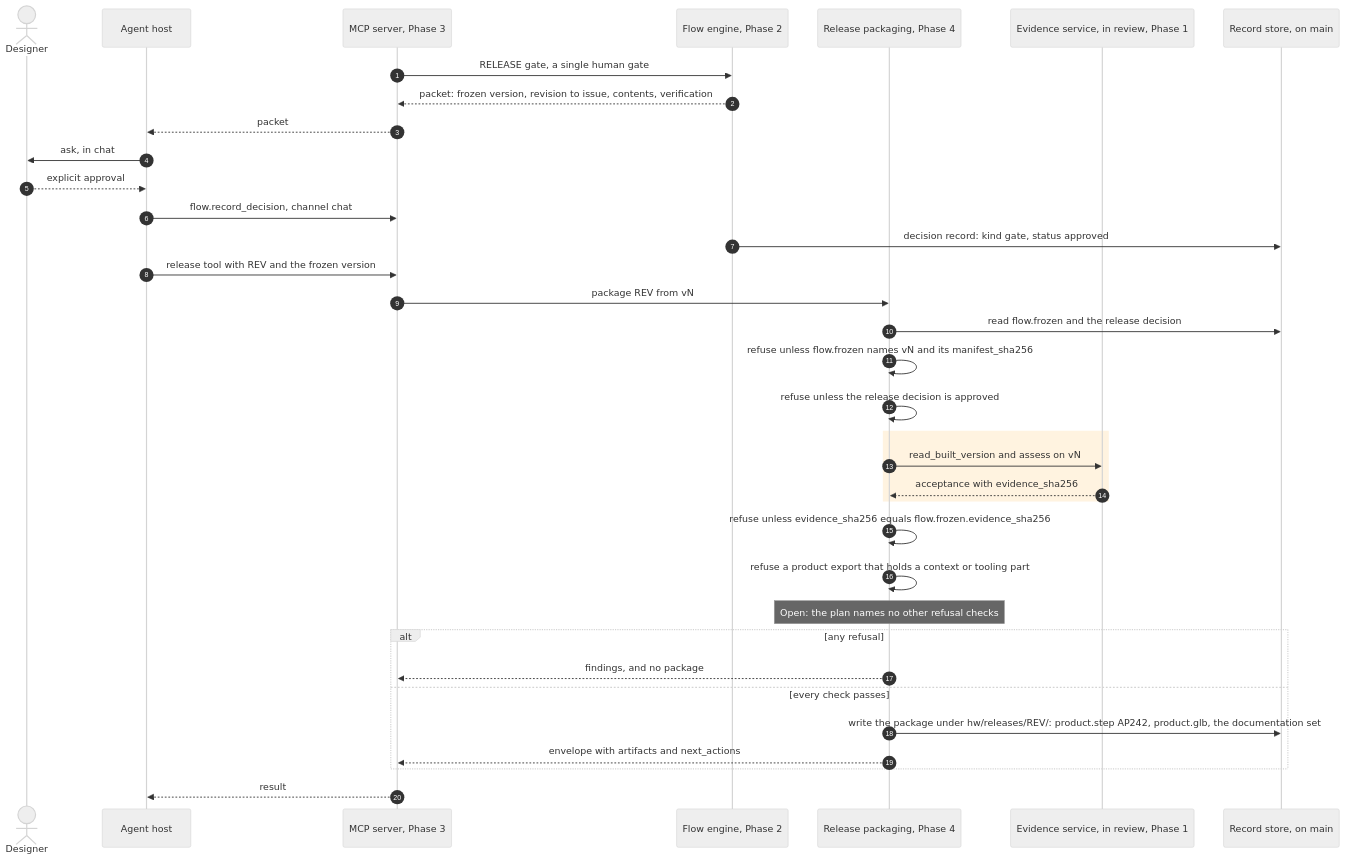
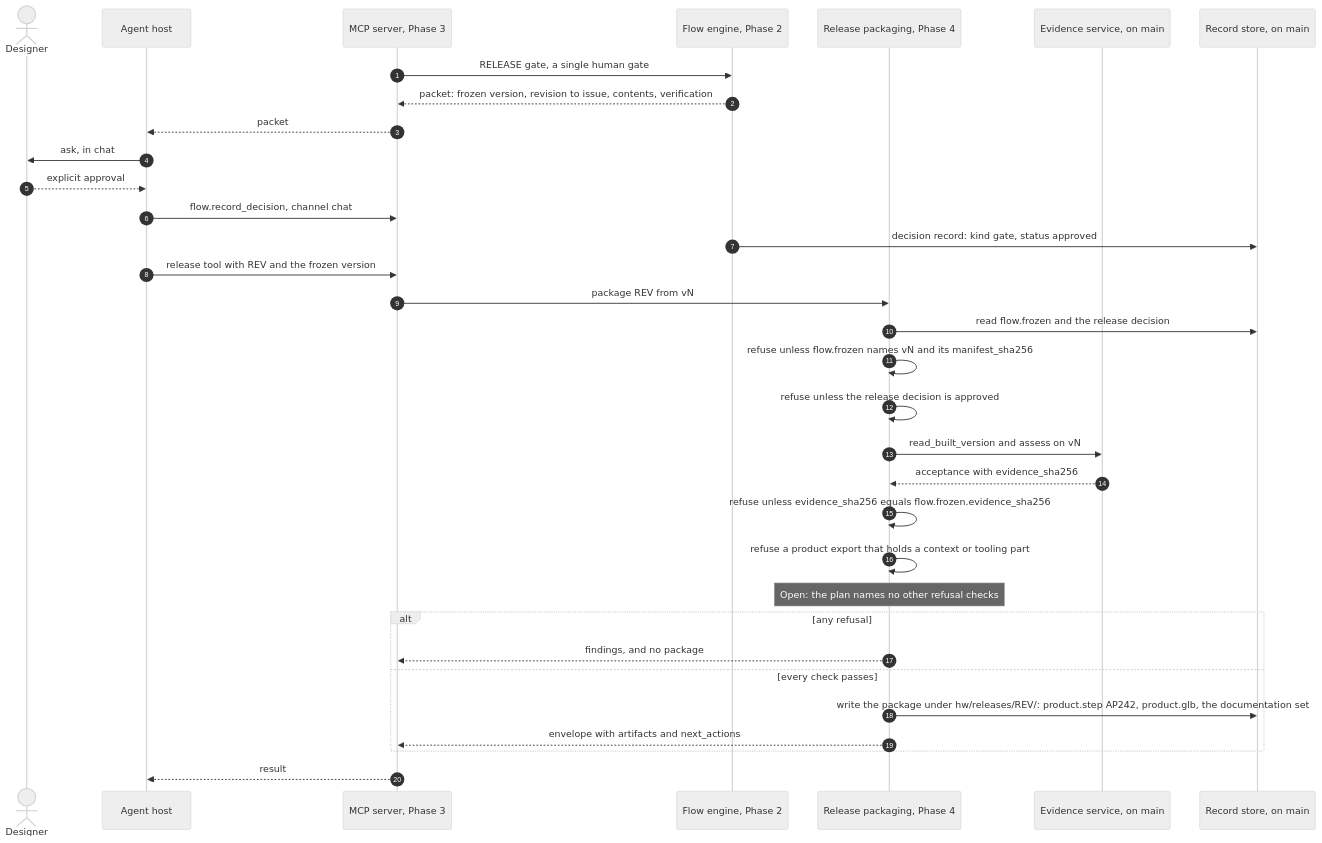
The fourth of 5 diagrams in docs/architecture/data-flow.md (benchhand/benchhand-next), drawn with Mermaid before and after one commit. The commit also changed other lines of this file and 3 other files, not shown here.

Commit message:
docs(architecture): evidence is on main at 71c1a54; draw it solid and cite its paths on main

````diff
--- a/docs/architecture/data-flow.md
+++ b/docs/architecture/data-flow.md
@@ -149,41 +145,37 @@
 ```mermaid
 %%{init: {"theme": "neutral"}}%%
 sequenceDiagram
   autonumber
   actor U as Designer
   participant H as Agent host
   participant S as MCP server, Phase 3
   participant F as Flow engine, Phase 2
   participant Rel as Release packaging, Phase 4
-  %% in-review: evidence
-  participant E as Evidence service, in review, Phase 1
+  participant E as Evidence service, on main
   participant R as Record store, on main
 
   S->>F: RELEASE gate, a single human gate
   F-->>S: packet: frozen version, revision to issue, contents, verification
   S-->>H: packet
   H->>U: ask, in chat
   U-->>H: explicit approval
   H->>S: flow.record_decision, channel chat
   F->>R: decision record: kind gate, status approved
   H->>S: release tool with REV and the frozen version
   S->>Rel: package REV from vN
   Rel->>R: read flow.frozen and the release decision
   Rel->>Rel: refuse unless flow.frozen names vN and its manifest_sha256
   Rel->>Rel: refuse unless the release decision is approved
-  %% in-review: evidence
-  rect rgb(255, 243, 224)
-    Rel->>E: read_built_version and assess on vN
-    E-->>Rel: acceptance with evidence_sha256
-  end
+  Rel->>E: read_built_version and assess on vN
+  E-->>Rel: acceptance with evidence_sha256
   Rel->>Rel: refuse unless evidence_sha256 equals flow.frozen.evidence_sha256
   Rel->>Rel: refuse a product export that holds a context or tooling part
   Note over Rel: Open: the plan names no other refusal checks
   alt any refusal
     Rel-->>S: findings, and no package
   else every check passes
     Rel->>R: write the package under hw/releases/REV/: product.step AP242, product.glb, the documentation set
     Rel-->>S: envelope with artifacts and next_actions
   end
   S-->>H: result
 ```
````
